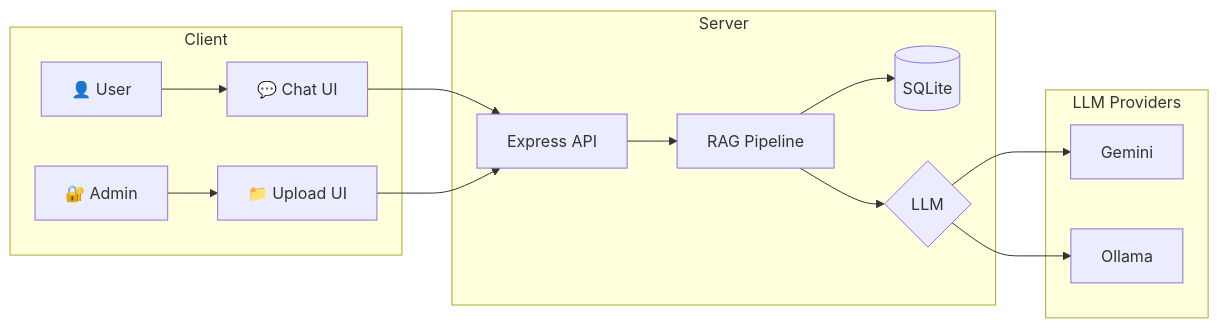
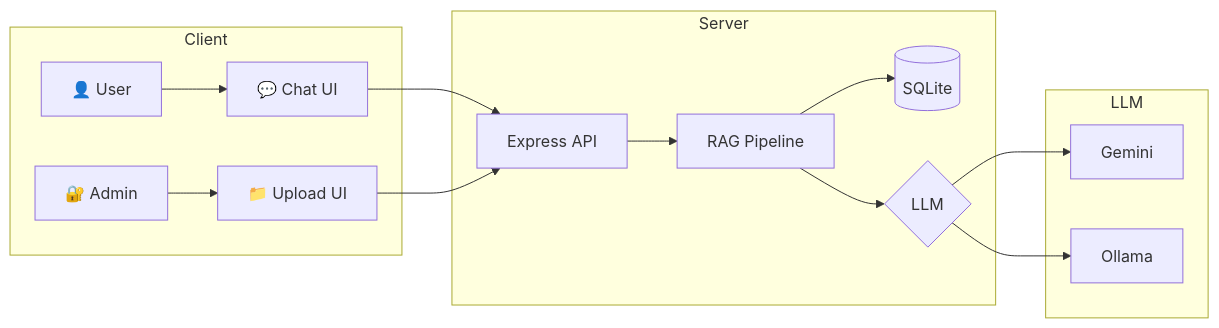
The diagram in README.md (taozeroxii/LLM-RAGOllama), drawn with Mermaid before and after one commit. The commit also changed other lines of this file and 3 other files, not shown here.

````diff
--- a/README.md
+++ b/README.md
@@ -226,20 +176,20 @@
 ```mermaid
 flowchart LR
     subgraph Client
         A[👤 User] --> B[💬 Chat UI]
         C[🔐 Admin] --> D[📁 Upload UI]
     end
     
     subgraph Server
         B --> E[Express API]
         D --> E
         E --> F[RAG Pipeline]
         F --> G[(SQLite)]
         F --> H{LLM}
     end
     
-    subgraph LLM Providers
+    subgraph LLM
         H --> I[Gemini]
         H --> J[Ollama]
     end
 ```
````
